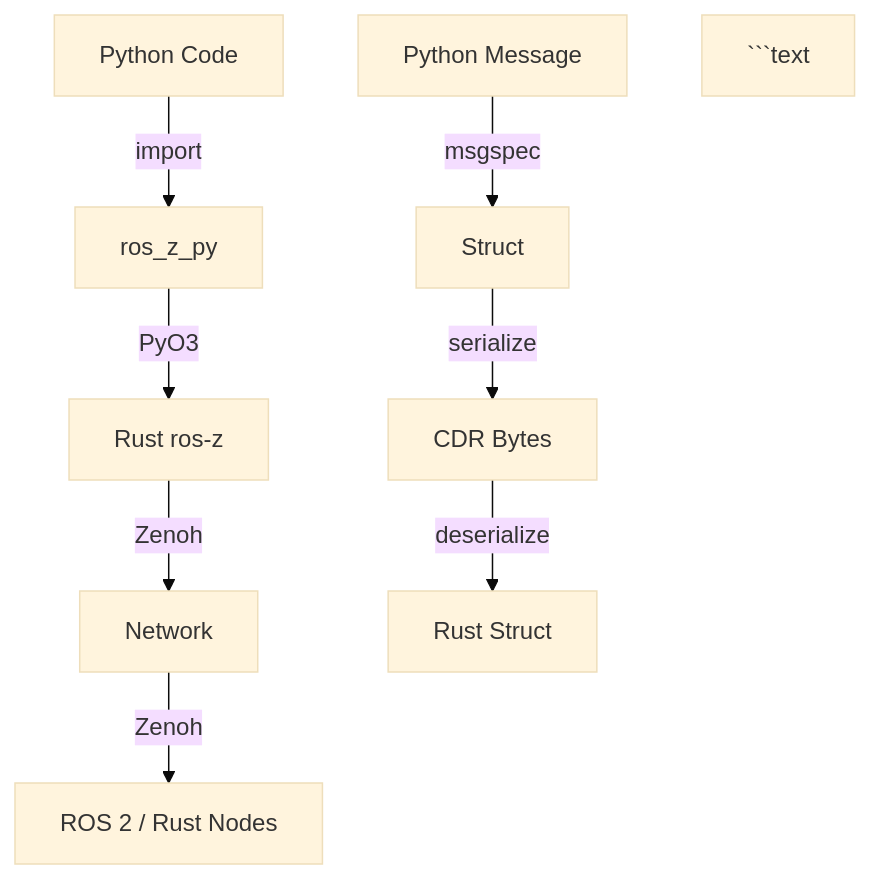
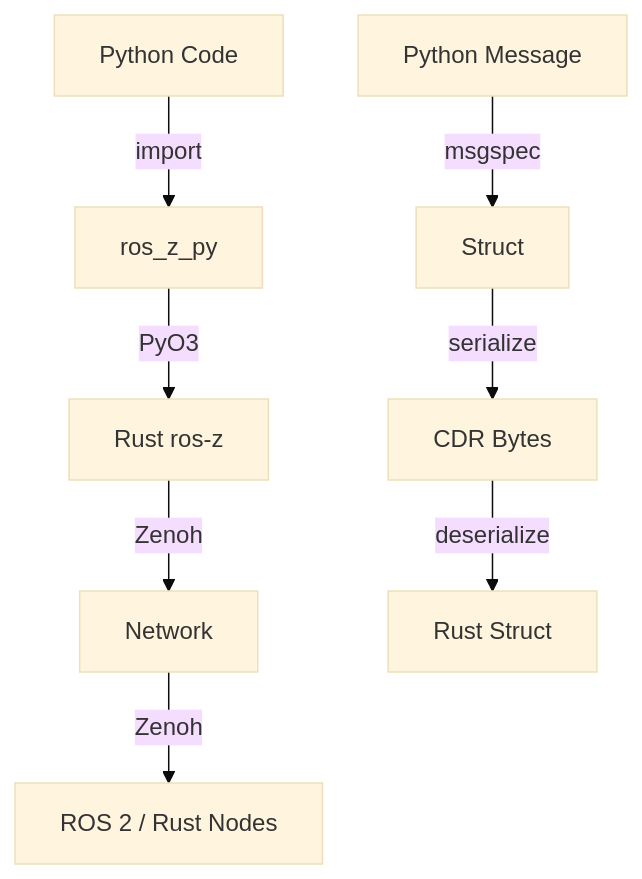
One commit to ZettaScaleLabs/ros-z changed the diagram in docs/bindings/python.md. Above: the diagram before and after it, drawn with Mermaid (base theme). The commit also changed other lines of this file and 3 other files, not shown here.

````diff
--- a/docs/bindings/python.md
+++ b/docs/bindings/python.md
@@ -10,15 +11,10 @@
 ```mermaid
 graph TD
     A[Python Code] -->|import| B[ros_z_py]
     B -->|PyO3| C[Rust ros-z]
     C -->|Zenoh| D[Network]
     D -->|Zenoh| E[ROS 2 / Rust Nodes]
-
-
-
-F[Python Message] -->|msgspec| G[Struct]
-G -->|serialize| H[CDR Bytes]
-H -->|deserialize| I[Rust Struct]
-
-```text
+    F[Python Message] -->|msgspec| G[Struct]
+    G -->|serialize| H[CDR Bytes]
+    H -->|deserialize| I[Rust Struct]
 ```
````
